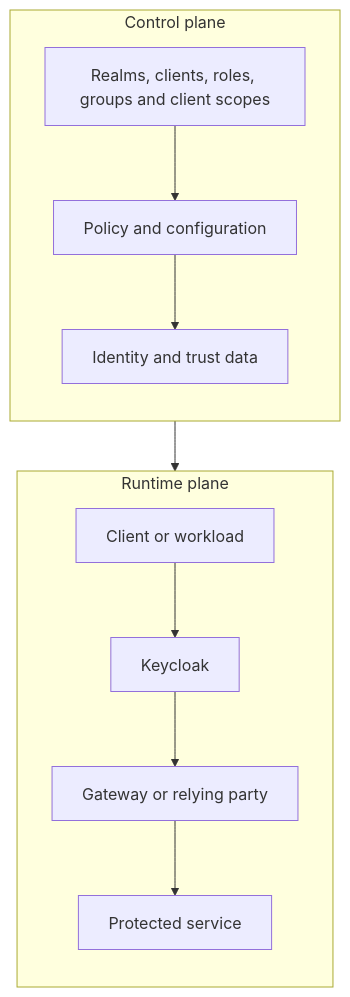
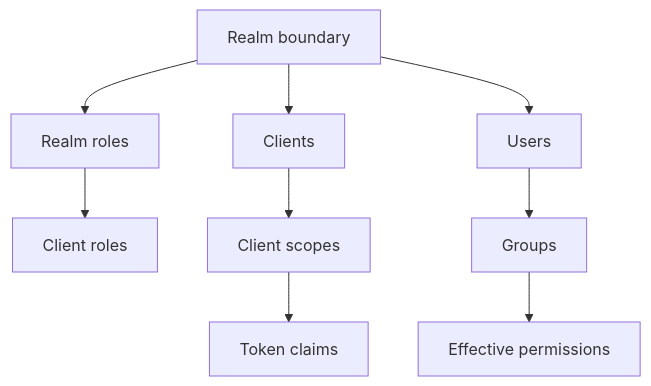
One commit to jeanflorentine/IAM-KeyCloack-Lab changed diagram 17 of 36 in KeyCloack Reference Book.md. Above: the diagram before and after it, drawn with Mermaid. The commit also changed other lines of this file, not shown here.

Commit message:
Revise chapter structure diagrams and chapter 31 interview bank

````diff
--- a/KeyCloack Reference Book.md
+++ b/KeyCloack Reference Book.md
@@ -1863,24 +1734,11 @@
 ```mermaid
-flowchart TB
-    subgraph CP[Control plane]
-        direction TB
-        A[Realms, clients, roles, groups and client scopes]
-        B[Policy and configuration]
-        C[Identity and trust data]
-        A --> B
-        B --> C
-    end
-
-    subgraph RP[Runtime plane]
-        direction TB
-        D[Client or workload]
-        E[Keycloak]
-        F[Gateway or relying party]
-        G[Protected service]
-        D --> E
-        E --> F
-        F --> G
-    end
-
-    CP --> RP
+flowchart TD
+    Realm[Realm boundary] --> Clients[Clients]
+    Realm --> Users[Users]
+    Realm --> RealmRoles[Realm roles]
+    RealmRoles --> ClientRoles[Client roles]
+    Users --> Groups[Groups]
+    Groups --> EffectiveRoles[Effective permissions]
+    Clients --> Scopes[Client scopes]
+    Scopes --> Claims[Token claims]
 ```
````
